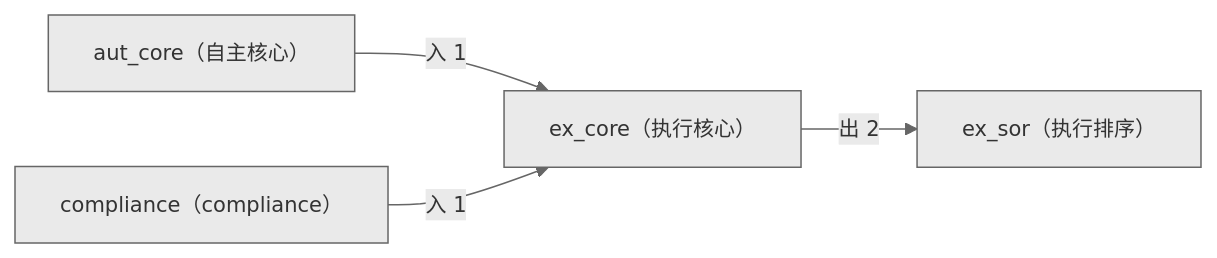
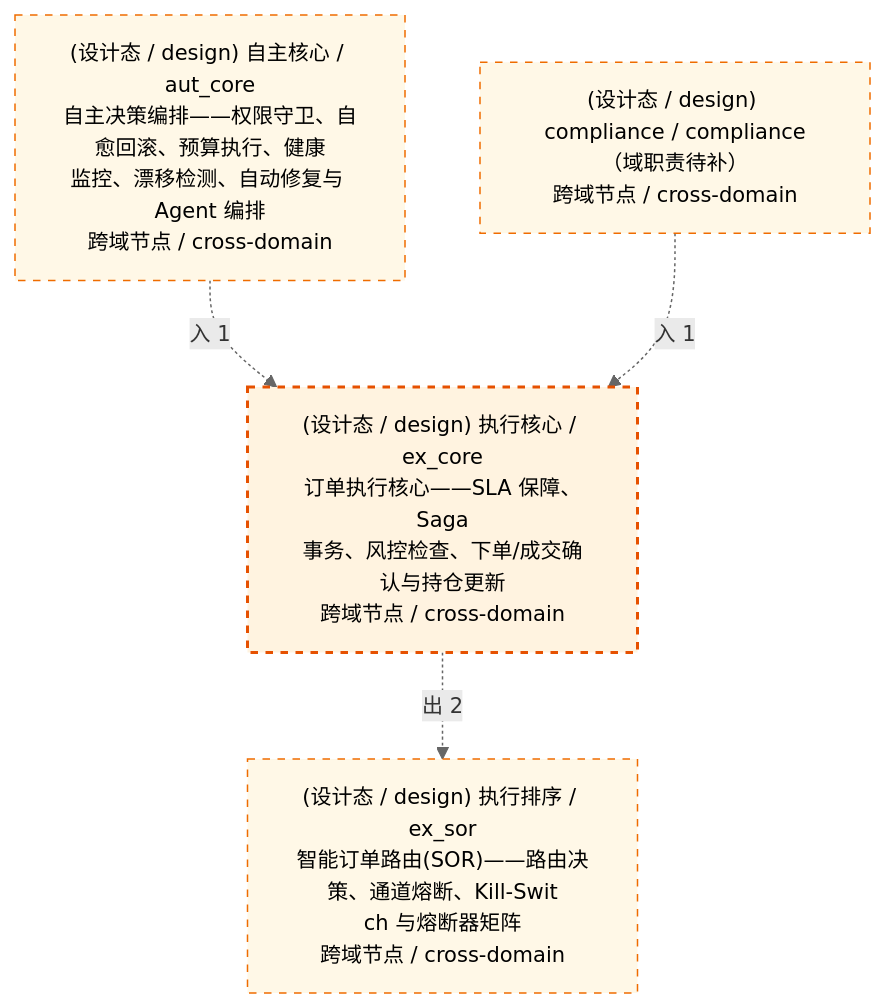
One commit to xuanFelixVan/ZephyrAlpha changed the third of 3 diagrams in docs/02_enterprise_architecture/06_decision_architecture/14_decision_l3_ex_core.md. Above: the diagram before and after it, drawn with Mermaid. The commit also changed other lines of this file and 23 other files, not shown here.

First line of the commit message:
feat(decisiongraph): 决策流图生成器模板 V1.2 全面升级——严格三视图+四要素标签+classDef四色+HTML联动

````diff
--- a/docs/02_enterprise_architecture/06_decision_architecture/14_decision_l3_ex_core.md
+++ b/docs/02_enterprise_architecture/06_decision_architecture/14_decision_l3_ex_core.md
@@ -84,11 +198,17 @@
 ```mermaid
-%%{init: {'theme': 'base', 'themeVariables': {'primaryColor': '#eaeaea', 'primaryTextColor': '#333333', 'primaryBorderColor': '#666666', 'lineColor': '#666666', 'secondaryColor': '#eaeaea', 'tertiaryColor': '#eaeaea', 'fontSize': '14px'}}}%%
-flowchart LR
-    SELF["ex_core（执行核心）"]
-    EXT_ex_sor["ex_sor（执行排序）"]
-    SELF -->|出 2| EXT_ex_sor
-    EXT_aut_core["aut_core（自主核心）"]
-    EXT_aut_core -->|入 1| SELF
-    EXT_compliance["compliance（compliance）"]
-    EXT_compliance -->|入 1| SELF
+%%{init: {'theme': 'base', 'themeVariables': {'primaryColor': '#eaeaea', 'primaryTextColor': '#333333', 'primaryBorderColor': '#666666', 'lineColor': '#666666', 'secondaryColor': '#eaeaea', 'tertiaryColor': '#eaeaea', 'clusterBkg': 'transparent', 'clusterBorder': 'transparent', 'fontSize': '14px'}}}%%
+flowchart TD
+    SELF["(设计态 / design) 执行核心 / ex_core<br/>订单执行核心——SLA 保障、Saga<br/>事务、风控检查、下单/成交确认与持仓更新<br/>跨域节点 / cross-domain"]
+    EXT_ex_sor["(设计态 / design) 执行排序 / ex_sor<br/>智能订单路由(SOR)——路由决策、通道熔断、Kill-Swit<br/>ch 与熔断器矩阵<br/>跨域节点 / cross-domain"]
+    SELF -.->|出 2| EXT_ex_sor
+    EXT_aut_core["(设计态 / design) 自主核心 / aut_core<br/>自主决策编排——权限守卫、自愈回滚、预算执行、健康<br/>监控、漂移检测、自动修复与 Agent 编排<br/>跨域节点 / cross-domain"]
+    EXT_aut_core -.->|入 1| SELF
+    EXT_compliance["(设计态 / design) compliance / compliance<br/>（域职责待补）<br/>跨域节点 / cross-domain"]
+    EXT_compliance -.->|入 1| SELF
+    classDef production fill:#e1f5fe,stroke:#01579b,stroke-width:2px,color:#000
+    classDef design fill:#fff3e0,stroke:#e65100,stroke-width:2px,color:#000,stroke-dasharray: 5 5
+    classDef external_prod fill:#e8f4fd,stroke:#0277bd,stroke-width:1px,color:#000
+    classDef external_design fill:#fff8e7,stroke:#ef6c00,stroke-width:1px,color:#000,stroke-dasharray: 5 5
+    class SELF design
+    class EXT_ex_sor,EXT_aut_core,EXT_compliance external_design
 ```
````
